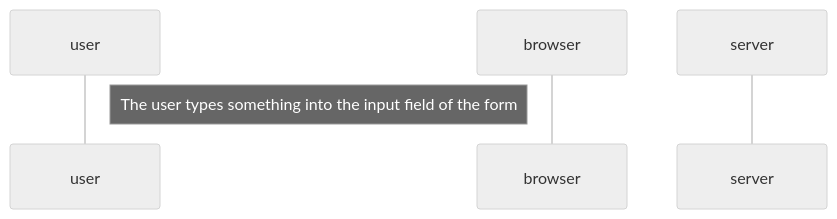
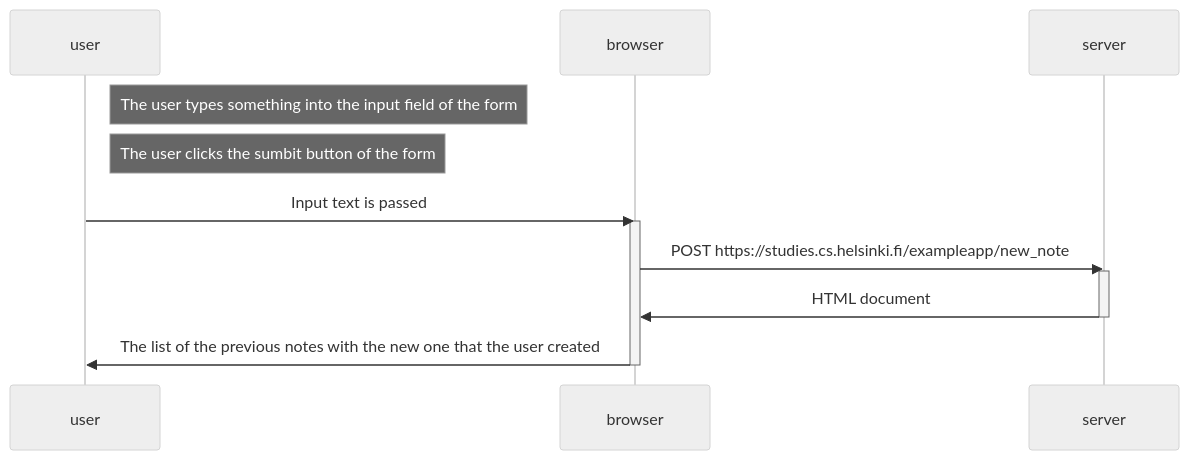
Before and after one commit to smillerr/fs-open-part0: the diagram in exercise04.md, drawn with Mermaid (neutral theme).

Commit message:
First workflow of the exercise

````diff
--- a/exercise04.md
+++ b/exercise04.md
@@ -1,12 +1,16 @@
 ```mermaid
 sequenceDiagram
   participant user
   participant browser
   participant server
   Note right of user: The user types something into the input field of the form
-
-
-
-
-
+  Note right of user: The user clicks the sumbit button of the form
+  user->>browser: Input text is passed
+  activate browser
+  browser->>server: POST https://studies.cs.helsinki.fi/exampleapp/new_note
+  activate server
+  server->>browser: HTML document
+  deactivate server
+  browser->>user: The list of the previous notes with the new one that the user created
+  deactivate browser
 ```
````
